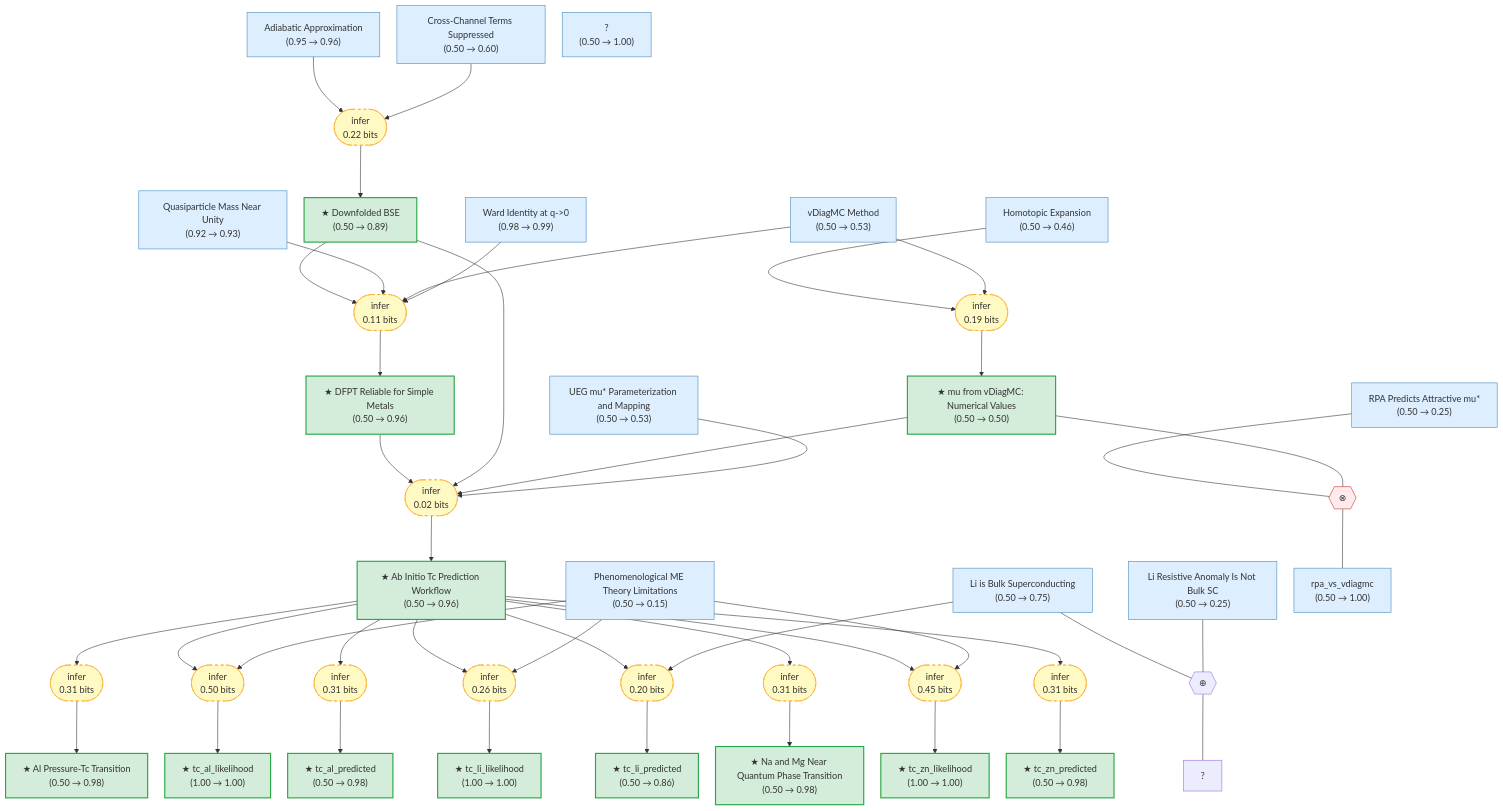
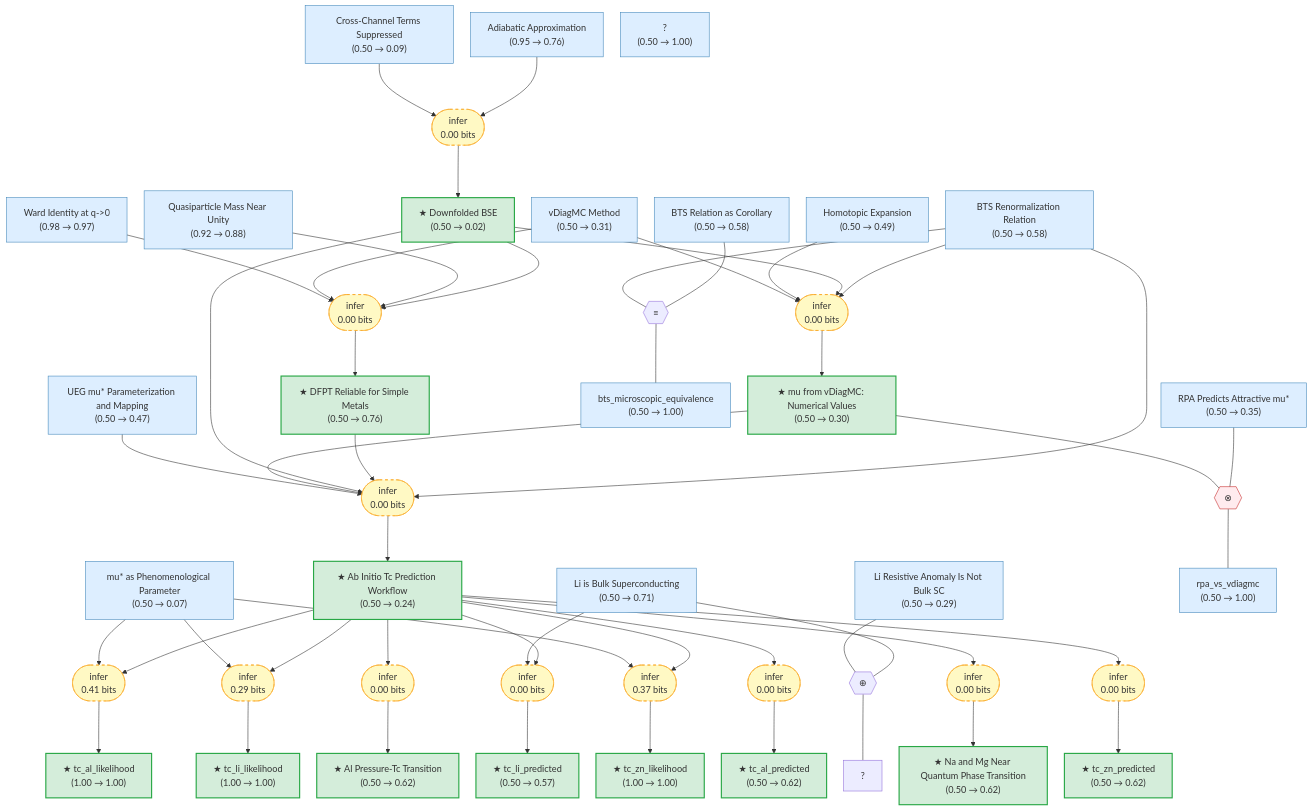
One commit to kunyuan/SuperconductivityElectronLiquids.gaia changed the diagram in .github-output/README.md. Above: the diagram before and after it, drawn with Mermaid. The commit also changed other lines of this file and 21 other files, not shown here.

```diff
--- a/.github-output/README.md
+++ b/.github-output/README.md
@@ -20,87 +20,97 @@
     nodeSpacing: 30
 ---
 graph TB
-    adiabatic_approx["Adiabatic Approximation\n(0.95 → 0.96)"]:::premise
-    phenomenological_me_theory["Phenomenological ME Theory Limitations\n(0.50 → 0.15)"]:::premise
-    li_is_superconducting["Li is Bulk Superconducting\n(0.50 → 0.75)"]:::premise
-    cross_term_suppressed["Cross-Channel Terms Suppressed\n(0.50 → 0.60)"]:::premise
-    downfolded_bse["★ Downfolded BSE\n(0.50 → 0.89)"]:::exported
-    vdiagmc_method["vDiagMC Method\n(0.50 → 0.53)"]:::premise
-    homotopic_expansion["Homotopic Expansion\n(0.50 → 0.46)"]:::premise
-    mu_vdiagmc_values["★ mu from vDiagMC: Numerical Values\n(0.50 → 0.50)"]:::exported
-    ward_identity["Ward Identity at q->0\n(0.98 → 0.99)"]:::premise
-    quasiparticle_mass_near_unity["Quasiparticle Mass Near Unity\n(0.92 → 0.93)"]:::premise
-    dfpt_reliable_for_simple_metals["★ DFPT Reliable for Simple Metals\n(0.50 → 0.96)"]:::exported
-    ueg_pseudopotential_parameterization["UEG mu#ast; Parameterization and Mapping\n(0.50 → 0.53)"]:::premise
-    ab_initio_workflow["★ Ab Initio Tc Prediction Workflow\n(0.50 → 0.96)"]:::exported
-    al_pressure_transition["★ Al Pressure-Tc Transition\n(0.50 → 0.98)"]:::exported
-    tc_mg_na_near_qpt["★ Na and Mg Near Quantum Phase Transition\n(0.50 → 0.98)"]:::exported
-    tc_al_predicted["★ tc_al_predicted\n(0.50 → 0.98)"]:::exported
+    adiabatic_approx["Adiabatic Approximation\n(0.95 → 0.76)"]:::premise
+    bts_renormalization["BTS Renormalization Relation\n(0.50 → 0.58)"]:::premise
+    mu_star_phenomenological["mu#ast; as Phenomenological Parameter\n(0.50 → 0.07)"]:::premise
+    li_is_superconducting["Li is Bulk Superconducting\n(0.50 → 0.71)"]:::premise
+    cross_term_suppressed["Cross-Channel Terms Suppressed\n(0.50 → 0.09)"]:::premise
+    downfolded_bse["★ Downfolded BSE\n(0.50 → 0.02)"]:::exported
+    vdiagmc_method["vDiagMC Method\n(0.50 → 0.31)"]:::premise
+    homotopic_expansion["Homotopic Expansion\n(0.50 → 0.49)"]:::premise
+    mu_vdiagmc_values["★ mu from vDiagMC: Numerical Values\n(0.50 → 0.30)"]:::exported
+    ward_identity["Ward Identity at q->0\n(0.98 → 0.97)"]:::premise
+    quasiparticle_mass_near_unity["Quasiparticle Mass Near Unity\n(0.92 → 0.88)"]:::premise
+    dfpt_reliable_for_simple_metals["★ DFPT Reliable for Simple Metals\n(0.50 → 0.76)"]:::exported
+    ueg_pseudopotential_parameterization["UEG mu#ast; Parameterization and Mapping\n(0.50 → 0.47)"]:::premise
+    ab_initio_workflow["★ Ab Initio Tc Prediction Workflow\n(0.50 → 0.24)"]:::exported
+    al_pressure_transition["★ Al Pressure-Tc Transition\n(0.50 → 0.62)"]:::exported
+    tc_mg_na_near_qpt["★ Na and Mg Near Quantum Phase Transition\n(0.50 → 0.62)"]:::exported
+    tc_al_predicted["★ tc_al_predicted\n(0.50 → 0.62)"]:::exported
     tc_al_likelihood["★ tc_al_likelihood\n(1.00 → 1.00)"]:::exported
-    tc_zn_predicted["★ tc_zn_predicted\n(0.50 → 0.98)"]:::exported
+    tc_zn_predicted["★ tc_zn_predicted\n(0.50 → 0.62)"]:::exported
     tc_zn_likelihood["★ tc_zn_likelihood\n(1.00 → 1.00)"]:::exported
-    tc_li_predicted["★ tc_li_predicted\n(0.50 → 0.86)"]:::exported
+    tc_li_predicted["★ tc_li_predicted\n(0.50 → 0.57)"]:::exported
     tc_li_likelihood["★ tc_li_likelihood\n(1.00 → 1.00)"]:::exported
-    li_anomaly_not_sc["Li Resistive Anomaly Is Not Bulk SC\n(0.50 → 0.25)"]:::premise
     x["?\n(0.50 → 1.00)"]:::premise
+    li_anomaly_not_sc["Li Resistive Anomaly Is Not Bulk SC\n(0.50 → 0.29)"]:::premise
+    bts_microscopic_equivalence["bts_microscopic_equivalence\n(0.50 → 1.00)"]:::premise
+    mu_scale_independence["BTS Relation as Corollary\n(0.50 → 0.58)"]:::premise
+    rpa_predicts_attractive_mu["RPA Predicts Attractive mu#ast;\n(0.50 → 0.35)"]:::premise
     rpa_vs_vdiagmc["rpa_vs_vdiagmc\n(0.50 → 1.00)"]:::premise
-    rpa_predicts_attractive_mu["RPA Predicts Attractive mu#ast;\n(0.50 → 0.25)"]:::premise
-    strat_0(["infer\n0.31 bits"]):::weak
+    strat_0(["infer\n0.00 bits"]):::weak
     ab_initio_workflow --> strat_0
     strat_0 --> al_pressure_transition
-    strat_1(["infer\n0.50 bits"]):::weak
+    strat_1(["infer\n0.41 bits"]):::weak
     ab_initio_workflow --> strat_1
-    phenomenological_me_theory --> strat_1
+    mu_star_phenomenological --> strat_1
     strat_1 --> tc_al_likelihood
-    strat_2(["infer\n0.31 bits"]):::weak
+    strat_2(["infer\n0.00 bits"]):::weak
     ab_initio_workflow --> strat_2
     strat_2 --> tc_al_predicted
-    strat_3(["infer\n0.26 bits"]):::weak
+    strat_3(["infer\n0.29 bits"]):::weak
     ab_initio_workflow --> strat_3
-    phenomenological_me_theory --> strat_3
+    mu_star_phenomenological --> strat_3
     strat_3 --> tc_li_likelihood
-    strat_4(["infer\n0.20 bits"]):::weak
+    strat_4(["infer\n0.00 bits"]):::weak
     ab_initio_workflow --> strat_4
     li_is_superconducting --> strat_4
     strat_4 --> tc_li_predicted
-    strat_5(["infer\n0.31 bits"]):::weak
+    strat_5(["infer\n0.00 bits"]):::weak
     ab_initio_workflow --> strat_5
     strat_5 --> tc_mg_na_near_qpt
-    strat_6(["infer\n0.45 bits"]):::weak
+    strat_6(["infer\n0.37 bits"]):::weak
     ab_initio_workflow --> strat_6
-    phenomenological_me_theory --> strat_6
+    mu_star_phenomenological --> strat_6
     strat_6 --> tc_zn_likelihood
-    strat_7(["infer\n0.31 bits"]):::weak
+    strat_7(["infer\n0.00 bits"]):::weak
     ab_initio_workflow --> strat_7
     strat_7 --> tc_zn_predicted
-    strat_8(["infer\n0.22 bits"]):::weak
+    strat_8(["infer\n0.00 bits"]):::weak
     adiabatic_approx --> strat_8
     cross_term_suppressed --> strat_8
     strat_8 --> downfolded_bse
-    strat_9(["infer\n0.02 bits"]):::weak
+    strat_9(["infer\n0.00 bits"]):::weak
+    bts_renormalization --> strat_9
     dfpt_reliable_for_simple_metals --> strat_9
     downfolded_bse --> strat_9
     mu_vdiagmc_values --> strat_9
     ueg_pseudopotential_parameterization --> strat_9
     strat_9 --> ab_initio_workflow
-    strat_10(["infer\n0.11 bits"]):::weak
+    strat_10(["infer\n0.00 bits"]):::weak
+    bts_renormalization --> strat_10
     downfolded_bse --> strat_10
-    quasiparticle_mass_near_unity --> strat_10
+    homotopic_expansion --> strat_10
     vdiagmc_method --> strat_10
-    ward_identity --> strat_10
-    strat_10 --> dfpt_reliable_for_simple_metals
-    strat_11(["infer\n0.19 bits"]):::weak
-    homotopic_expansion --> strat_11
+    strat_10 --> mu_vdiagmc_values
+    strat_11(["infer\n0.00 bits"]):::weak
+    downfolded_bse --> strat_11
+    quasiparticle_mass_near_unity --> strat_11
     vdiagmc_method --> strat_11
-    strat_11 --> mu_vdiagmc_values
+    ward_identity --> strat_11
+    strat_11 --> dfpt_reliable_for_simple_metals
     oper_0{{"⊕"}}
     li_is_superconducting --- oper_0
     li_anomaly_not_sc --- oper_0
     oper_0 --- ?
-    oper_1{{"⊗"}}:::contra
-    rpa_predicts_attractive_mu --- oper_1
-    mu_vdiagmc_values --- oper_1
-    oper_1 --- rpa_vs_vdiagmc
+    oper_1{{"≡"}}
+    mu_scale_independence --- oper_1
+    bts_renormalization --- oper_1
+    oper_1 --- bts_microscopic_equivalence
+    oper_2{{"⊗"}}:::contra
+    rpa_predicts_attractive_mu --- oper_2
+    mu_vdiagmc_values --- oper_2
+    oper_2 --- rpa_vs_vdiagmc
 
     classDef premise fill:#ddeeff,stroke:#4488bb,color:#333
     classDef exported fill:#d4edda,stroke:#28a745,stroke-width:2px,color:#333
```
